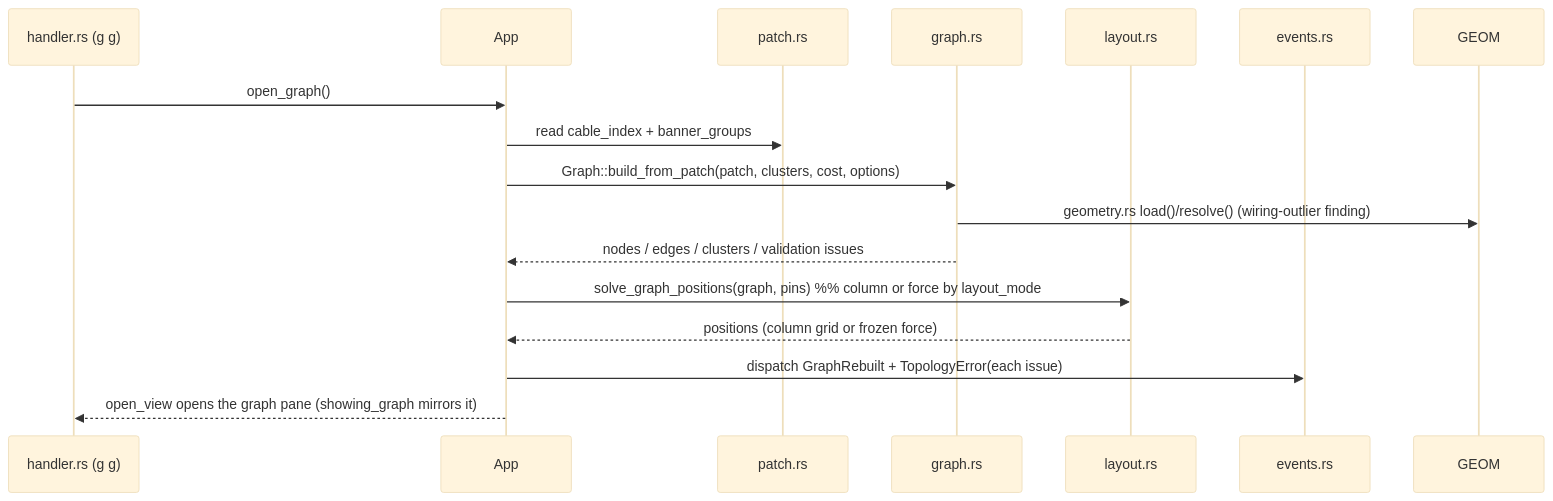
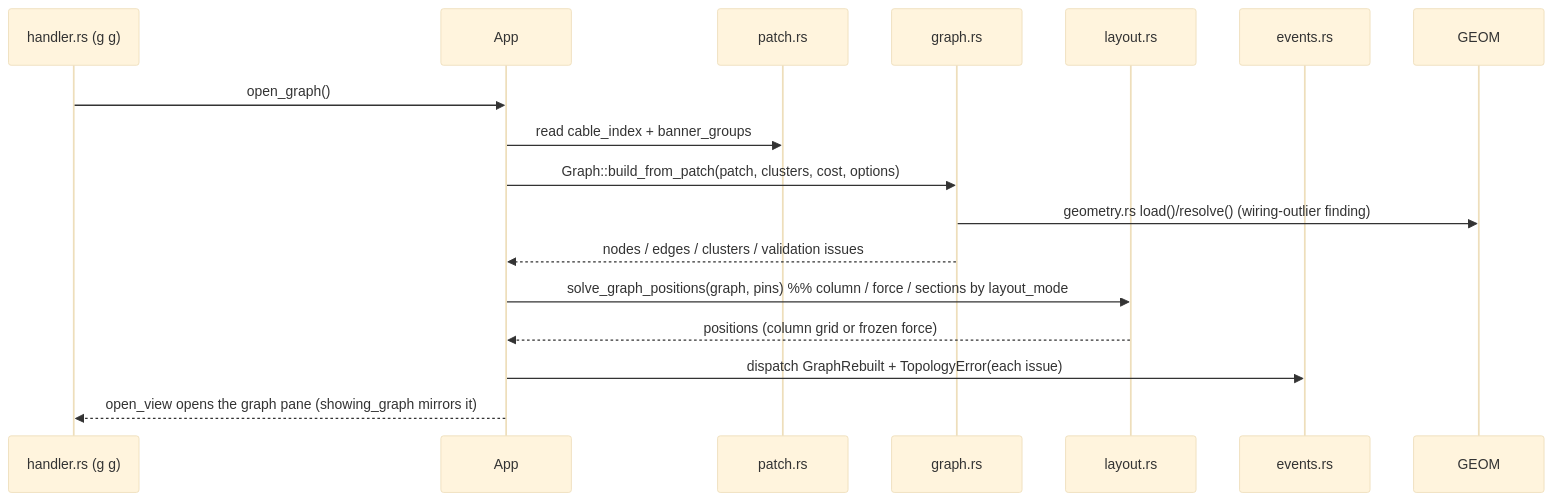
The third of 5 diagrams in ARCHITECTURE.md (moonstruxx/droid-buddy), drawn with Mermaid (base theme) before and after one commit. The commit also changed other lines of this file and 10 other files, not shown here.

Commit message:
archive: sections mode - patch-order wrapped lanes + black-hole joint solve (sections-black-hole-solver)

````diff
--- a/ARCHITECTURE.md
+++ b/ARCHITECTURE.md
@@ -325,18 +327,18 @@
 ```mermaid
 sequenceDiagram
     participant H as handler.rs (g g)
     participant A as App
     participant P as patch.rs
     participant G as graph.rs
     participant L as layout.rs
     participant E as events.rs
     H->>A: open_graph()
     A->>P: read cable_index + banner_groups
     A->>G: Graph::build_from_patch(patch, clusters, cost, options)
     G->>GEOM: geometry.rs load()/resolve() (wiring-outlier finding)
     G-->>A: nodes / edges / clusters / validation issues
-    A->>L: solve_graph_positions(graph, pins) %% column or force by layout_mode
+    A->>L: solve_graph_positions(graph, pins) %% column / force / sections by layout_mode
     L-->>A: positions (column grid or frozen force)
     A->>E: dispatch GraphRebuilt + TopologyError(each issue)
     A-->>H: open_view opens the graph pane (showing_graph mirrors it)
 ```
````
